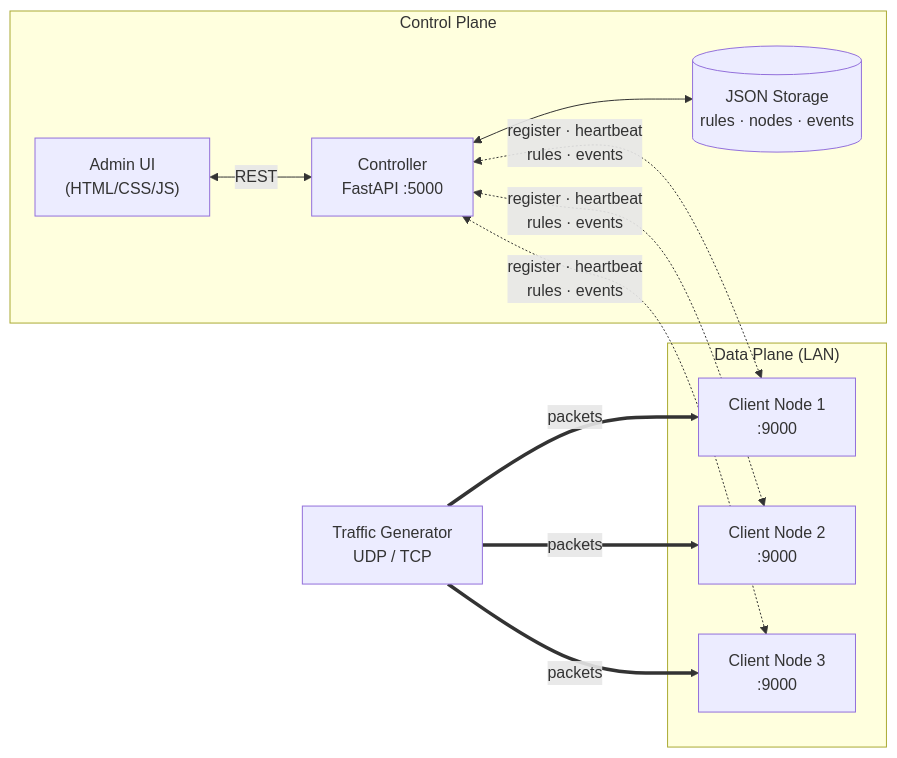
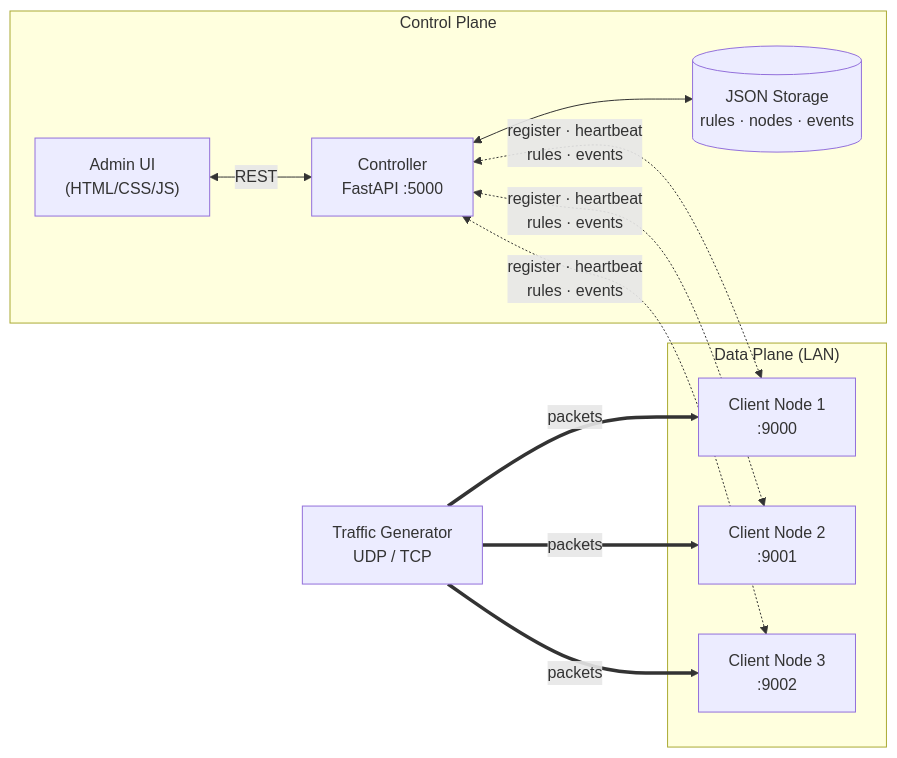
One commit to Santie-a/sdn-firewall changed the first of 2 diagrams in README.md. Above: the diagram before and after it, drawn with Mermaid. The commit also changed other lines of this file and 3 other files, not shown here.

````diff
--- a/README.md
+++ b/README.md
@@ -9,25 +9,25 @@
 ```mermaid
 flowchart LR
     subgraph CP["Control Plane"]
         UI["Admin UI<br/>(HTML/CSS/JS)"]
         CTRL["Controller<br/>FastAPI :5000"]
         STORE[("JSON Storage<br/>rules · nodes · events")]
     end
 
     subgraph DP["Data Plane (LAN)"]
         N1["Client Node 1<br/>:9000"]
-        N2["Client Node 2<br/>:9000"]
-        N3["Client Node 3<br/>:9000"]
+        N2["Client Node 2<br/>:9001"]
+        N3["Client Node 3<br/>:9002"]
     end
 
     GEN["Traffic Generator<br/>UDP / TCP"]
 
     UI <-->|REST| CTRL
     CTRL <--> STORE
     CTRL <-.->|register · heartbeat<br/>rules · events| N1
     CTRL <-.->|register · heartbeat<br/>rules · events| N2
     CTRL <-.->|register · heartbeat<br/>rules · events| N3
     GEN ==>|packets| N1
     GEN ==>|packets| N2
     GEN ==>|packets| N3
 ```
````
